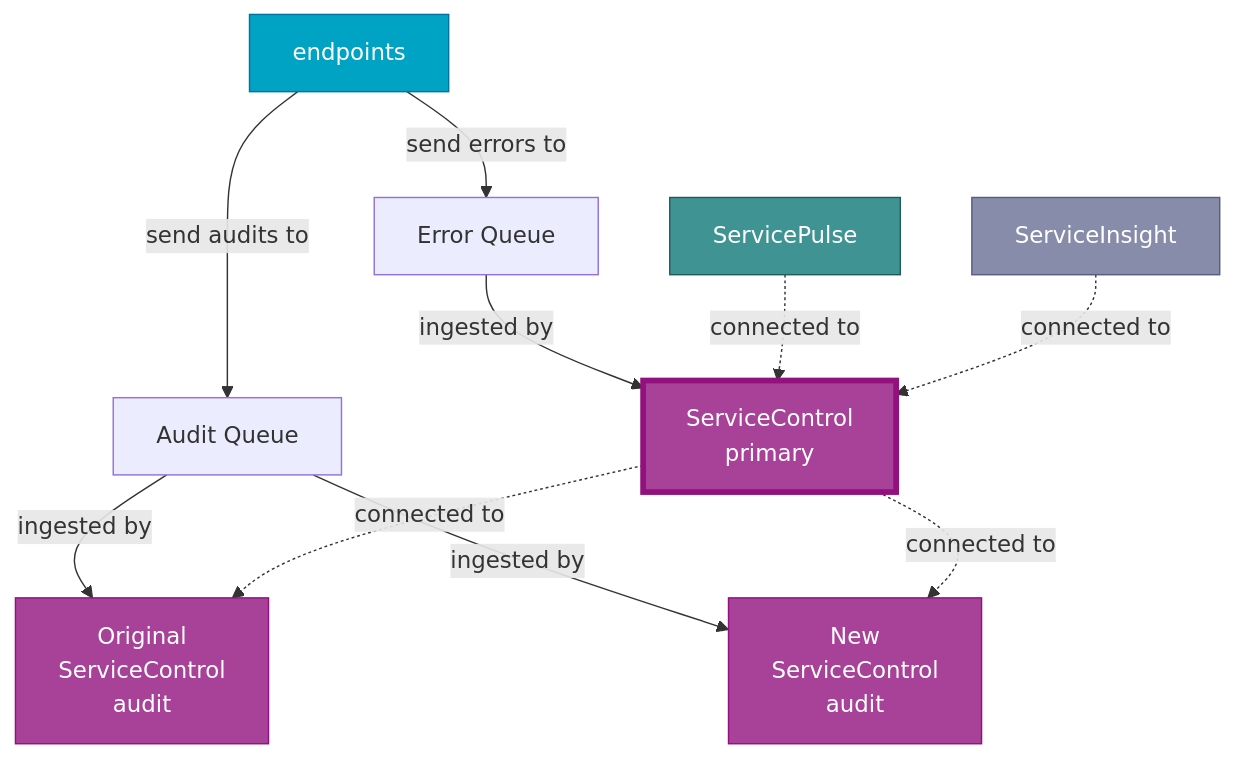
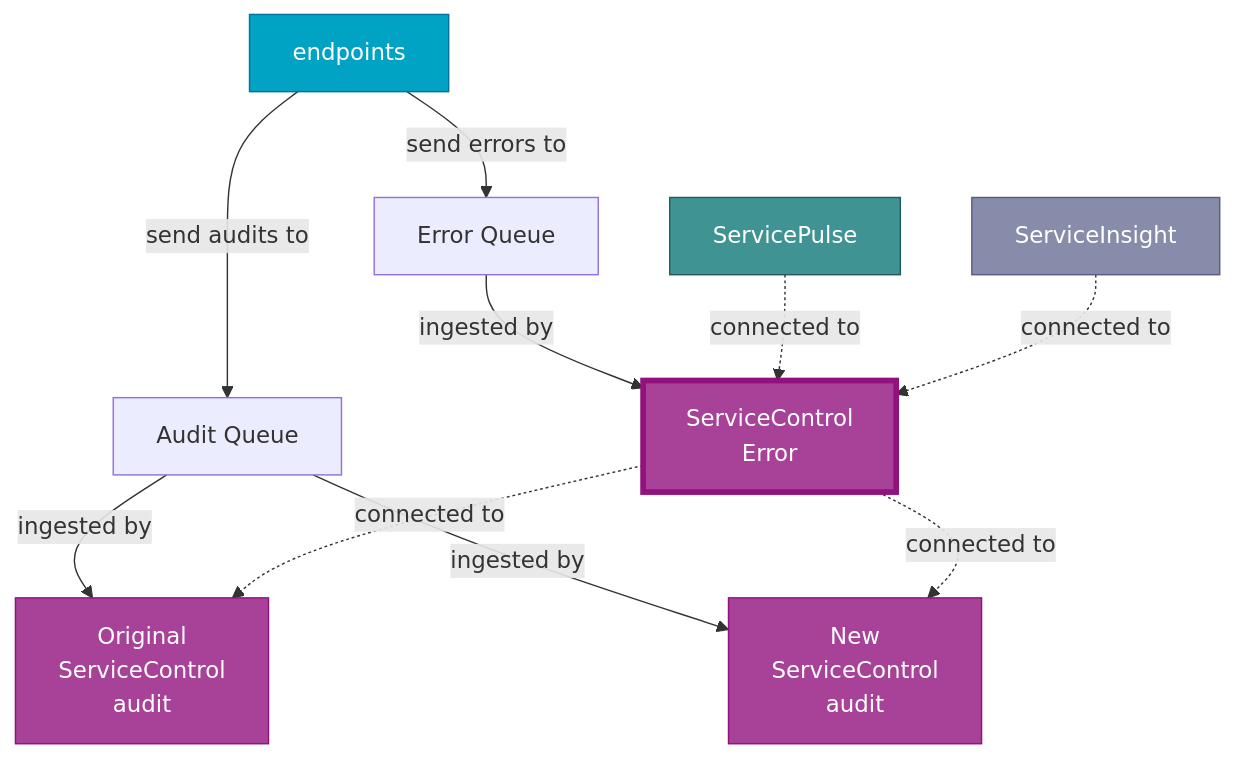
Before and after one commit to Particular/docs.particular.net: the second of 4 diagrams in servicecontrol/upgrades/zero-downtime.md, drawn with Mermaid. The commit also changed other lines of this file and 10 other files, not shown here.

Commit message:
Switch to ServiceControl Error instance naming convention

````diff
--- a/servicecontrol/upgrades/zero-downtime.md
+++ b/servicecontrol/upgrades/zero-downtime.md
@@ -76,24 +76,24 @@
 ```mermaid
 graph TD
 endpoints -- send errors to --> errorQ[Error Queue]
 endpoints -- send audits to --> auditQ[Audit Queue]
-errorQ -- ingested by --> sc[ServiceControl<br/>primary]
+errorQ -- ingested by --> sc[ServiceControl<br/>Error]
 auditQ -- ingested by --> sca[Original<br/>ServiceControl<br/>audit]
 auditQ -- ingested by --> sca2[New<br/>ServiceControl<br/>audit]
 sc -. connected to .-> sca
 sc -. connected to .-> sca2
 sp[ServicePulse] -. connected to .-> sc
 si[ServiceInsight] -. connected to .-> sc
 
 classDef Endpoints fill:#00A3C4,stroke:#00729C,color:#FFFFFF
 classDef ServiceInsight fill:#878CAA,stroke:#585D80,color:#FFFFFF
 classDef ServicePulse fill:#409393,stroke:#205B5D,color:#FFFFFF
-classDef ServiceControlPrimary fill:#A84198,stroke:#92117E,color:#FFFFFF,stroke-width:4px
+classDef ServiceControlError fill:#A84198,stroke:#92117E,color:#FFFFFF,stroke-width:4px
 classDef ServiceControlRemote fill:#A84198,stroke:#92117E,color:#FFFFFF
 
 class endpoints Endpoints
 class si ServiceInsight
 class sp ServicePulse
-class sc ServiceControlPrimary
+class sc ServiceControlError
 class sca,sca2 ServiceControlRemote
 ```
````
